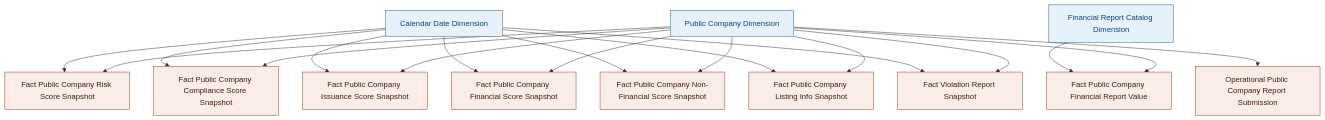
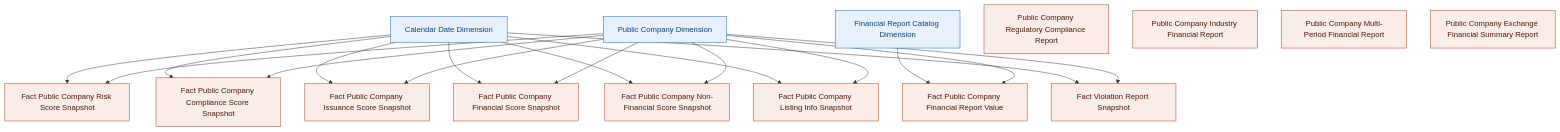
One commit to linhlvit/ubck_atomic_design changed diagram 55 of 55 in Datamart/hld/DTM_GSDC_HLD.md. Above: the diagram before and after it, drawn with Mermaid. The commit also changed other lines of this file and 42 other files, not shown here.

````diff
--- a/Datamart/hld/DTM_GSDC_HLD.md
+++ b/Datamart/hld/DTM_GSDC_HLD.md
@@ -2657,37 +3048,39 @@
 ```mermaid
 graph TB
     classDef dim fill:#E6F1FB,stroke:#185FA5,color:#0C447C
     classDef fact fill:#FAECE7,stroke:#993C1D,color:#4A1B0C
 
     DIM_CO["Public Company Dimension"]:::dim
     DIM_DATE["Calendar Date Dimension"]:::dim
     DIM_CTLG["Financial Report Catalog Dimension"]:::dim
 
     FACT_RISK["Fact Public Company Risk Score Snapshot"]:::fact
     FACT_COMP["Fact Public Company Compliance Score Snapshot"]:::fact
     FACT_ISS["Fact Public Company Issuance Score Snapshot"]:::fact
     FACT_FIN["Fact Public Company Financial Score Snapshot"]:::fact
     FACT_NONFIN["Fact Public Company Non-Financial Score Snapshot"]:::fact
     FACT_RPTVAL["Fact Public Company Financial Report Value"]:::fact
     FACT_LIST["Fact Public Company Listing Info Snapshot"]:::fact
     FACT_VLTREPORT_SNPST["Fact Violation Report Snapshot"]:::fact
-    OP_RPTSUB["Operational Public Company Report Submission"]:::fact
+    RPT_REGCOMP["Public Company Regulatory Compliance Report"]:::fact
+    RPT_INDFIN["Public Company Industry Financial Report"]:::fact
+    RPT_MULTIPERIOD["Public Company Multi-Period Financial Report"]:::fact
+    RPT_EXCHSUM["Public Company Exchange Financial Summary Report"]:::fact
 
     DIM_CO --> FACT_RISK
     DIM_DATE --> FACT_RISK
     DIM_CO --> FACT_COMP
     DIM_DATE --> FACT_COMP
     DIM_CO --> FACT_ISS
     DIM_DATE --> FACT_ISS
     DIM_CO --> FACT_FIN
     DIM_DATE --> FACT_FIN
     DIM_CO --> FACT_NONFIN
     DIM_DATE --> FACT_NONFIN
     DIM_CO --> FACT_RPTVAL
     DIM_CTLG --> FACT_RPTVAL
     DIM_CO --> FACT_LIST
     DIM_DATE --> FACT_LIST
     DIM_CO --> FACT_VLTREPORT_SNPST
     DIM_DATE --> FACT_VLTREPORT_SNPST
-    DIM_CO --> OP_RPTSUB
 ```
````
